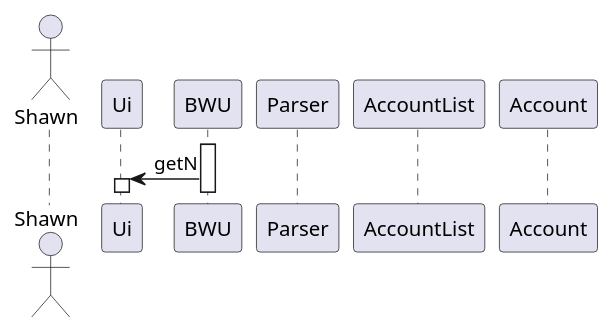
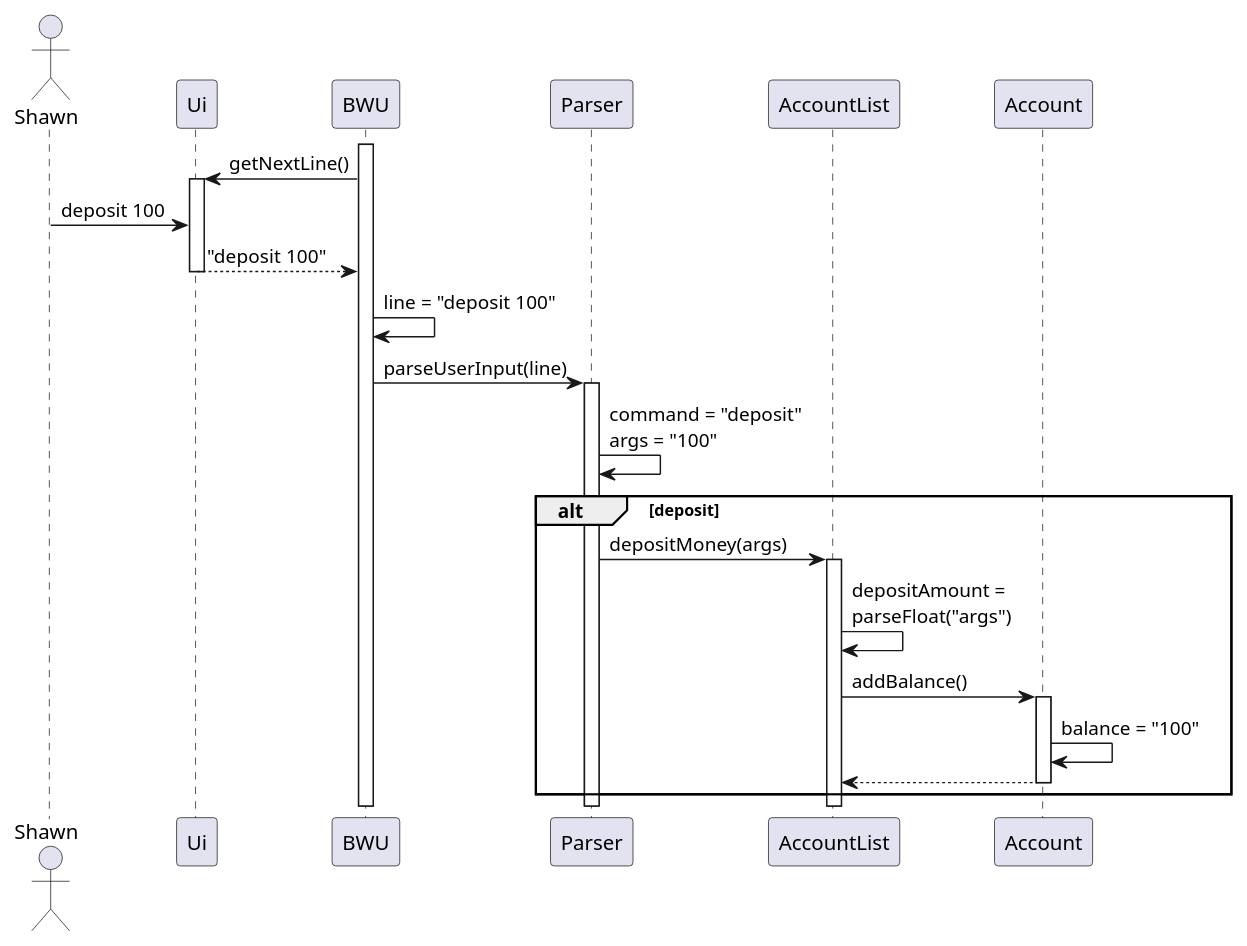
One commit to xiaoge26/tp changed the diagram in docs/diagrams/example_sequence_diagram.puml. Above: the diagram before and after it, drawn with PlantUML.

Commit message:
Continued on example sequence diagram

```diff
--- a/docs/diagrams/example_sequence_diagram.puml
+++ b/docs/diagrams/example_sequence_diagram.puml
@@ -1,14 +1,30 @@
 @startuml
 actor Shawn
 participant Ui
 participant BWU
 participant Parser
 participant AccountList
 participant Account
 activate BWU
-BWU -> Ui:getN
+BWU -> Ui:getNextLine()
 activate Ui
-
+Shawn -> Ui:deposit 100
+Ui --> BWU:"deposit 100"
+deactivate Ui
+BWU -> BWU:line = "deposit 100"
+BWU -> Parser:parseUserInput(line)
+activate Parser
+Parser -> Parser:command = "deposit"\nargs = "100"
+alt deposit
+Parser -> AccountList:depositMoney(args)
+activate AccountList
+AccountList -> AccountList:depositAmount = \nparseFloat("args")
+AccountList -> Account:addBalance()
+activate Account
+Account -> Account:balance = "100"
+Account --> AccountList
+deactivate Account
+end
 
 
 @enduml
```
